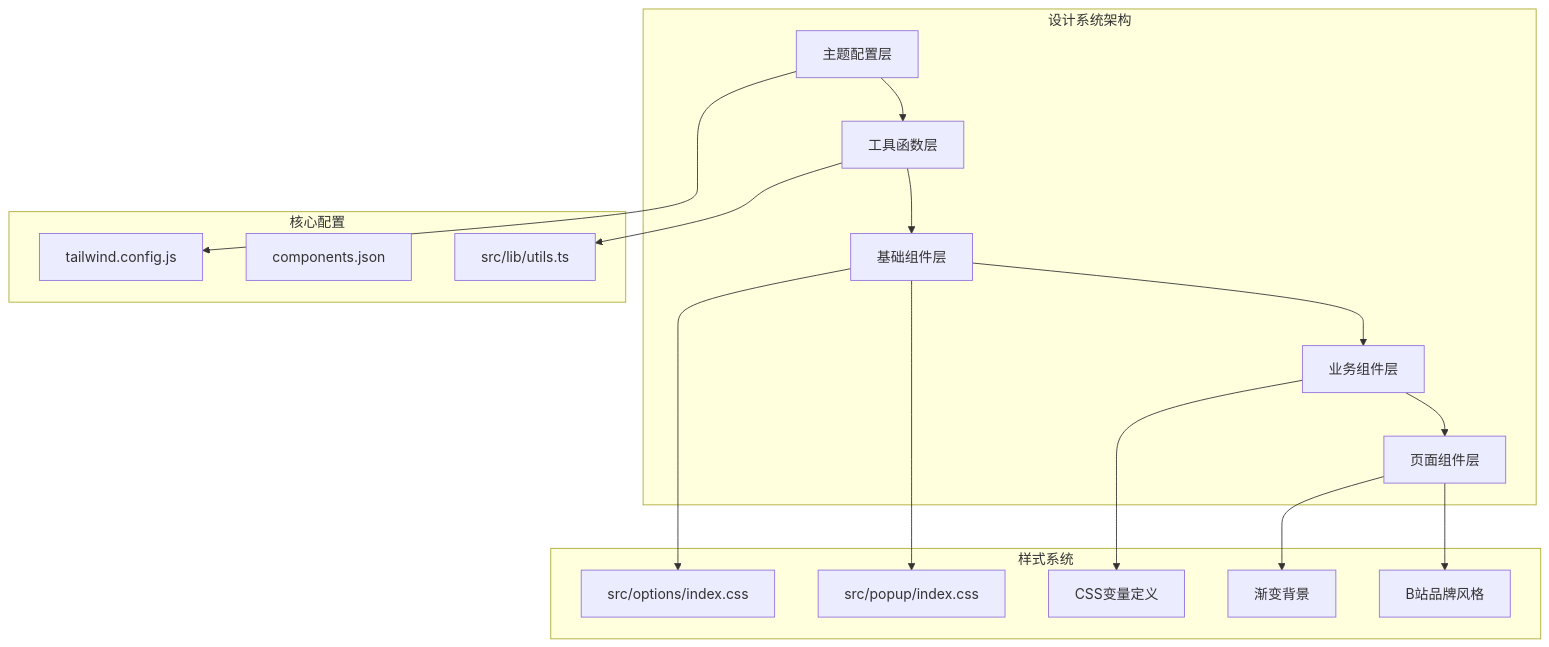
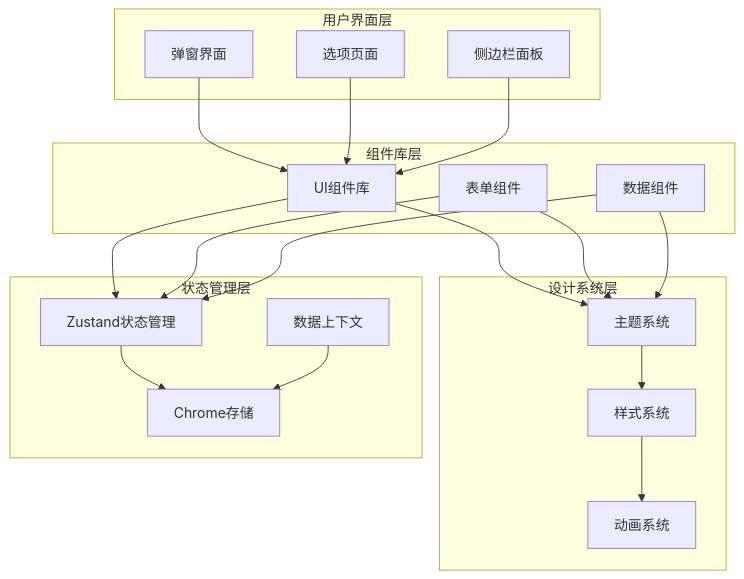
One commit to RadiumAg/bilibili-favorites changed the first of 24 diagrams in .qoder/repowiki/zh/content/开发指南/UI_UX专业设计系统.md. Above: the diagram before and after it, drawn with Mermaid. The commit also changed other lines of this file and 21 other files, not shown here.

````diff
--- a/.qoder/repowiki/zh/content/开发指南/UI_UX专业设计系统.md
+++ b/.qoder/repowiki/zh/content/开发指南/UI_UX专业设计系统.md
@@ -61,28 +50,36 @@
 ```mermaid
 graph TB
-subgraph "设计系统架构"
-A[主题配置层] --> B[工具函数层]
-B --> C[基础组件层]
-C --> D[业务组件层]
-D --> E[页面组件层]
+subgraph "用户界面层"
+Popup[弹窗界面]
+Options[选项页面]
+SidePanel[侧边栏面板]
 end
-subgraph "核心配置"
-F[tailwind.config.js]
-G[components.json]
-H[src/lib/utils.ts]
+subgraph "组件库层"
+UIComponents[UI组件库]
+FormComponents[表单组件]
+DataComponents[数据组件]
 end
-subgraph "样式系统"
-I[src/options/index.css]
-J[src/popup/index.css]
-K[CSS变量定义]
-L[渐变背景]
-M[B站品牌风格]
+subgraph "设计系统层"
+ThemeSystem[主题系统]
+StyleSystem[样式系统]
+AnimationSystem[动画系统]
 end
-A --> F
-B --> H
-C --> I
-C --> J
-D --> K
-E --> L
-E --> M
+subgraph "状态管理层"
+Zustand[Zustand状态管理]
+ChromeStorage[Chrome存储]
+DataContext[数据上下文]
+end
+Popup --> UIComponents
+Options --> UIComponents
+SidePanel --> UIComponents
+UIComponents --> ThemeSystem
+FormComponents --> ThemeSystem
+DataComponents --> ThemeSystem
+ThemeSystem --> StyleSystem
+StyleSystem --> AnimationSystem
+UIComponents --> Zustand
+FormComponents --> Zustand
+DataComponents --> Zustand
+Zustand --> ChromeStorage
+DataContext --> ChromeStorage
 ```
````
